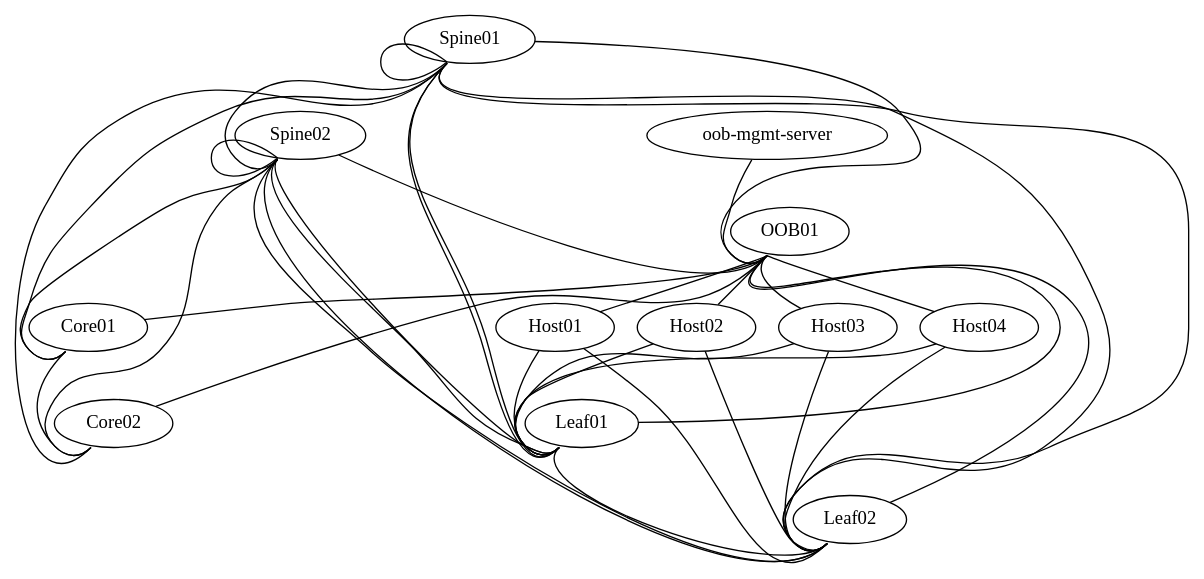
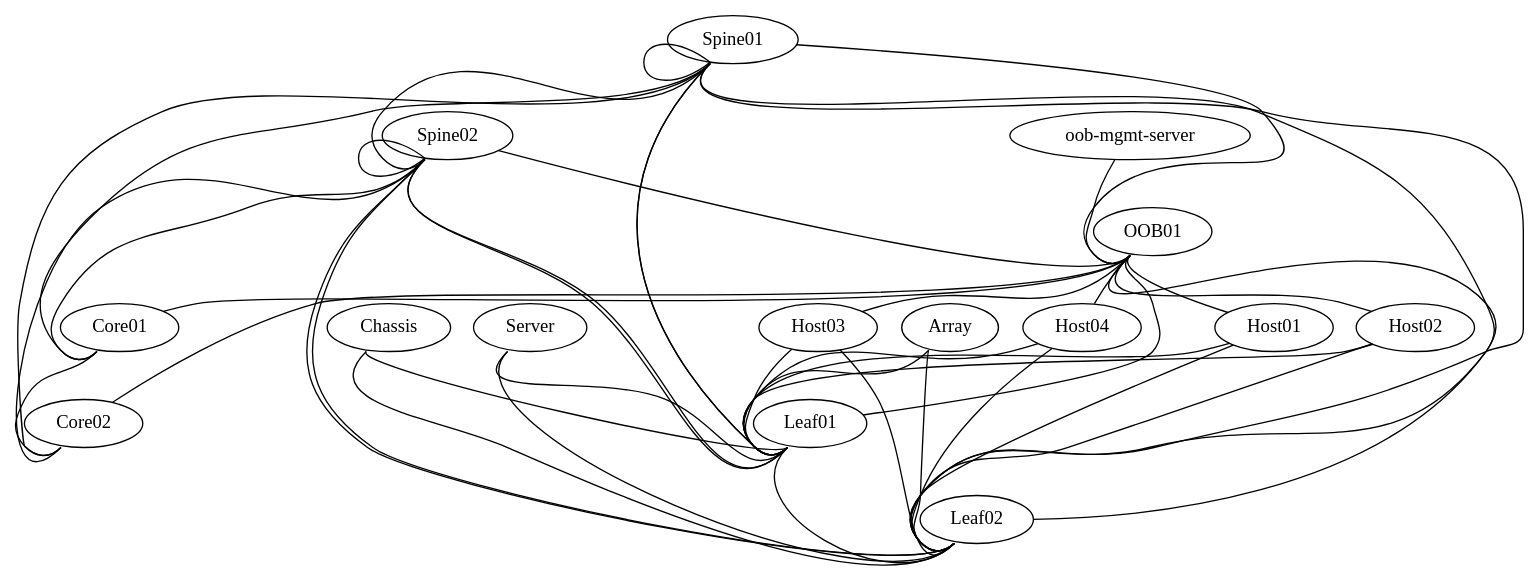
The diagram in DOT_Files/2Leaf_LAG.dot (jhaydel/051616PoC), drawn with Graphviz before and after one commit.

Commit message:
fixing DOT file

```diff
--- a/DOT_Files/2Leaf_LAG.dot
+++ b/DOT_Files/2Leaf_LAG.dot
@@ -1,70 +1,80 @@
 graph dc1 {
 
  "Core01" [function="core" os="CumulusCommunity/cumulus-vx" memory="300" config="./helper_scripts/extra_switch_config.sh"]
  "Core02" [function="core" os="CumulusCommunity/cumulus-vx" memory="300" config="./helper_scripts/extra_switch_config.sh"]
 
  "Spine01" [function="spine" os="CumulusCommunity/cumulus-vx" memory="300" config="./helper_scripts/extra_switch_config.sh"]
  "Spine02" [function="spine" os="CumulusCommunity/cumulus-vx" memory="300" config="./helper_scripts/extra_switch_config.sh"]
 
  "Leaf01" [function="leaf" os="CumulusCommunity/cumulus-vx" memory="300" config="./helper_scripts/extra_switch_config.sh"]
  "Leaf02" [function="leaf" os="CumulusCommunity/cumulus-vx" memory="300" config="./helper_scripts/extra_switch_config.sh"]
 
 
  "Host01" [function="host" os="CumulusCommunity/cumulus-vx" memory="300" config="./helper_scripts/extra_host_config.sh"]
  "Host02" [function="host" os="CumulusCommunity/cumulus-vx" memory="300" config="./helper_scripts/extra_host_config.sh"]
  "Host03" [function="host" os="CumulusCommunity/cumulus-vx" memory="300" config="./helper_scripts/extra_host_config.sh"]
  "Host04" [function="host" os="CumulusCommunity/cumulus-vx" memory="300" config="./helper_scripts/extra_host_config.sh"]
+ "Chassis" [function="host" os="CumulusCommunity/cumulus-vx" memory="300" config="./helper_scripts/extra_host_config.sh"]
+ "Server" [function="host" os="CumulusCommunity/cumulus-vx" memory="300" config="./helper_scripts/extra_host_config.sh"]
+ "Array" [function="host" os="CumulusCommunity/cumulus-vx" memory="300" config="./helper_scripts/extra_host_config.sh"]
 
  "OOB01" [function="oob" os="CumulusCommunity/cumulus-vx" memory="300" config="./helper_scripts/OOB_Switch_Config.sh"]
  "oob-mgmt-server" [function="oob-server" os="boxcutter/ubuntu1404" memory="400" ubuntu=True config="./helper_scripts/OOB_Mgmt_Config.sh"]
 
    "Core01":"swp1" -- "Core02":"swp1"
 
-   "Spine01":"swp20" -- "Core01":"swp11"
-   "Spine01":"swp21" -- "Core02":"swp11"
-   "Spine02":"swp20" -- "Core01":"swp12"
-   "Spine02":"swp21" -- "Core02":"swp12"
+   "Spine01":"swp20s1" -- "Core01":"swp11"
+   "Spine01":"swp20s2" -- "Core02":"swp11"
+   "Spine02":"swp20s1" -- "Core01":"swp12"
+   "Spine02":"swp20s2" -- "Core02":"swp12"
 
    "Spine01":"swp1" -- "Spine02":"swp1"
    "Spine01":"swp3" -- "Spine01":"swp4"
    "Spine02":"swp3" -- "Spine02":"swp4"
 
    "Spine01":"eth0" -- "OOB01":"swp1"
    "Spine02":"eth0" -- "OOB01":"swp2"
 
    "Leaf01":"swp43" -- "Spine01":"swp32s0"
    "Leaf01":"swp44" -- "Spine01":"swp32s1"
    "Leaf01":"swp45" -- "Spine02":"swp32s0"
    "Leaf01":"swp46" -- "Spine02":"swp32s1"
 
    "Leaf02":"swp43" -- "Spine01":"swp32s2"
    "Leaf02":"swp44" -- "Spine01":"swp32s3"
    "Leaf02":"swp45" -- "Spine02":"swp32s2"
    "Leaf02":"swp46" -- "Spine02":"swp32s3"
 
    "Leaf01":"swp48" -- "Leaf02":"swp48"
 
    "Leaf01":"eth0" -- "OOB01":"swp3"
    "Leaf02":"eth0" -- "OOB01":"swp4"
 
    "Host01":"eth0" -- "Leaf01":"swp1"
    "Host01":"eth1" -- "Leaf02":"swp1"
 
    "Host02":"eth0" -- "Leaf01":"swp5"
    "Host02":"eth1" -- "Leaf02":"swp5"
 
    "Host03":"eth0" -- "Leaf01":"swp9"
    "Host03":"eth1" -- "Leaf02":"swp9"
 
    "Host04":"eth0" -- "Leaf01":"swp13"
    "Host04":"eth1" -- "Leaf02":"swp13"
+
+   "Server":"swp1" -- "Leaf01":"swp21"
+   "Server":"swp2" -- "Leaf02":"swp21"
+   "Array":"swp1" -- "Leaf01":"swp20"
+   "Array":"swp2" -- "Leaf02":"swp20"
+   "Chassis":"swp1" -- "Leaf01":"swp49"
+   "Chassis":"swp2" -- "Leaf02":"swp49"
    
    "oob-mgmt-server":"eth1" -- "OOB01":"swp24"
    "OOB01":"swp6" -- "Core01":"eth0"
    "OOB01":"swp7" -- "Core02":"eth0"
    "OOB01":"swp8" -- "Host01":"eth4"
    "OOB01":"swp9" -- "Host02":"eth4"
    "OOB01":"swp10" -- "Host03":"eth4"
    "OOB01":"swp11" -- "Host04":"eth4"
    
 }
```
